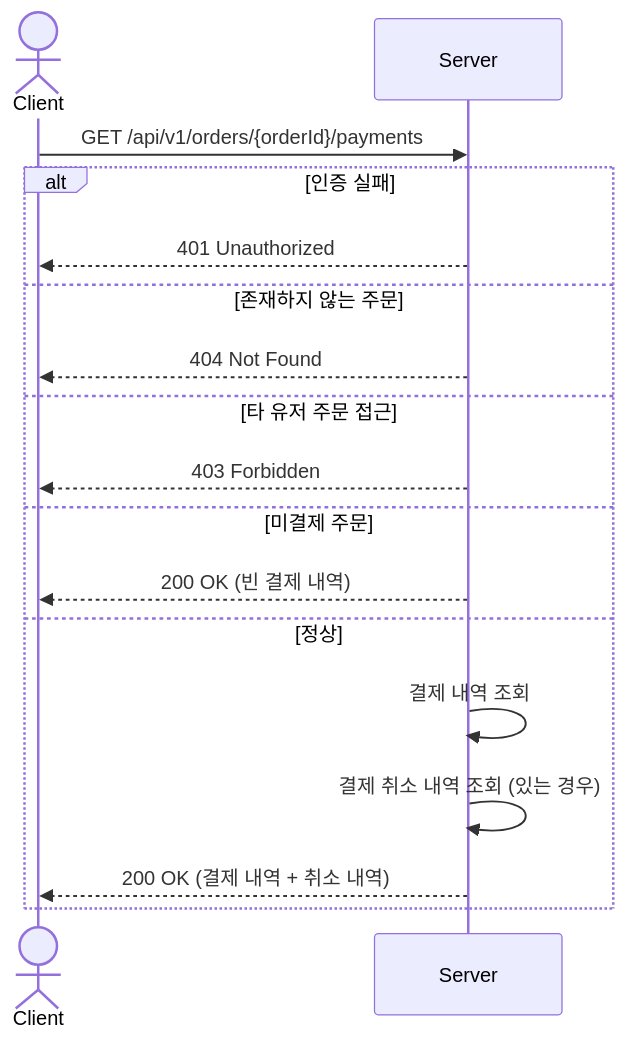
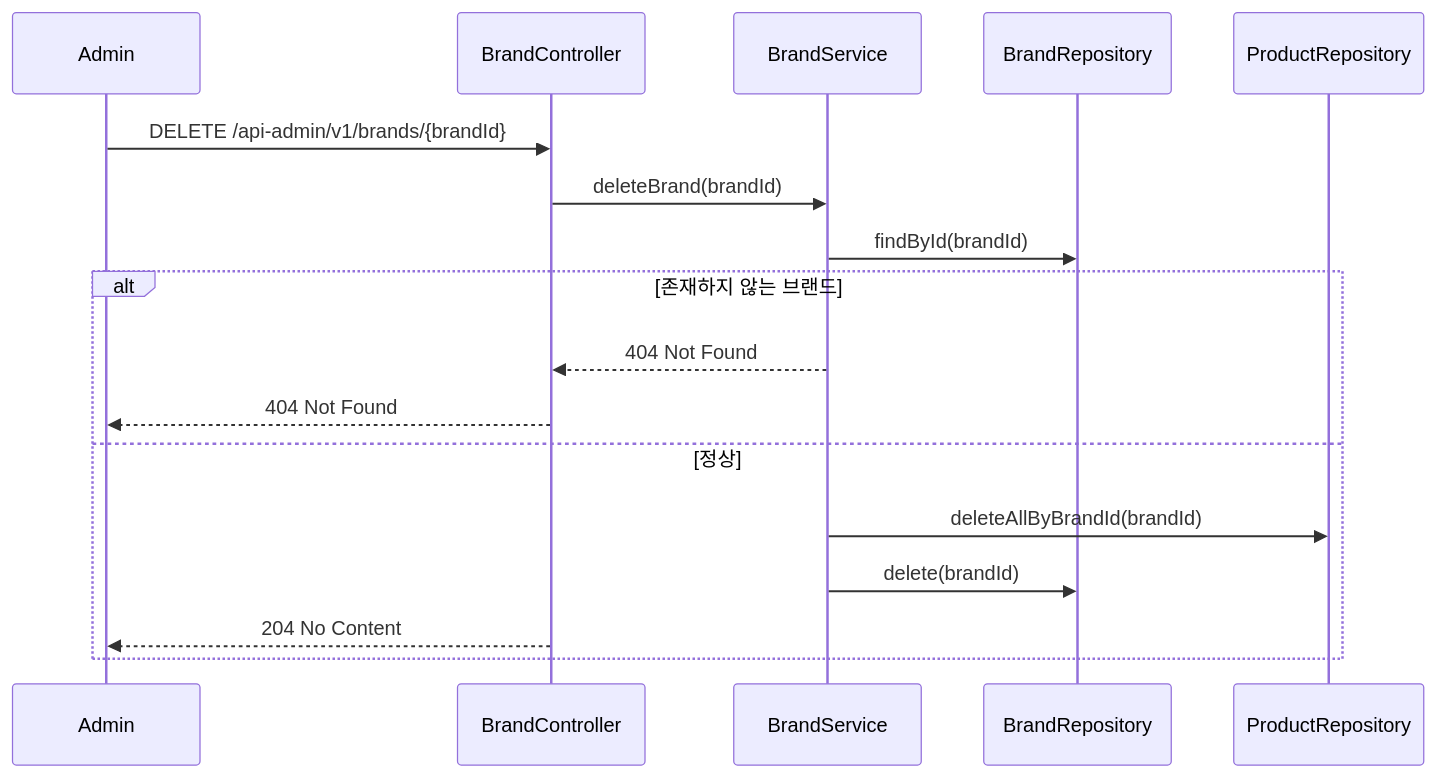
The tenth of 34 diagrams in .docs/design/sequence-diagrams.md (loopers-labs/loop-pack-be-l2-vol4-java), drawn with Mermaid before and after one commit. The commit also changed other lines of this file and 1 other file, not shown here.

Commit message:
fix: 관리자 모듈 지우고 각 브랜드&상품-어드민, 주문-어드민으로 분리 브랜드&상품 누락 유스케이스 추가 어드민 권한 확인 로직 main flow 에 추가

````diff
--- a/.docs/design/sequence-diagrams.md
+++ b/.docs/design/sequence-diagrams.md
@@ -240,20 +231,21 @@
 ```mermaid
 sequenceDiagram
-    actor Client
-    participant Server
+    participant Admin
+    participant BrandController
+    participant BrandService
+    participant BrandRepository
+    participant ProductRepository
 
-    Client->>Server: GET /api/v1/orders/{orderId}/payments
-    alt 인증 실패
-        Server-->>Client: 401 Unauthorized
-    else 존재하지 않는 주문
-        Server-->>Client: 404 Not Found
-    else 타 유저 주문 접근
-        Server-->>Client: 403 Forbidden
-    else 미결제 주문
-        Server-->>Client: 200 OK (빈 결제 내역)
+    Admin->>BrandController: DELETE /api-admin/v1/brands/{brandId}
+    BrandController->>BrandService: deleteBrand(brandId)
+    BrandService->>BrandRepository: findById(brandId)
+
+    alt 존재하지 않는 브랜드
+        BrandService-->>BrandController: 404 Not Found
+        BrandController-->>Admin: 404 Not Found
     else 정상
-        Server->>Server: 결제 내역 조회
-        Server->>Server: 결제 취소 내역 조회 (있는 경우)
-        Server-->>Client: 200 OK (결제 내역 + 취소 내역)
+        BrandService->>ProductRepository: deleteAllByBrandId(brandId)
+        BrandService->>BrandRepository: delete(brandId)
+        BrandController-->>Admin: 204 No Content
     end
 ```
````
